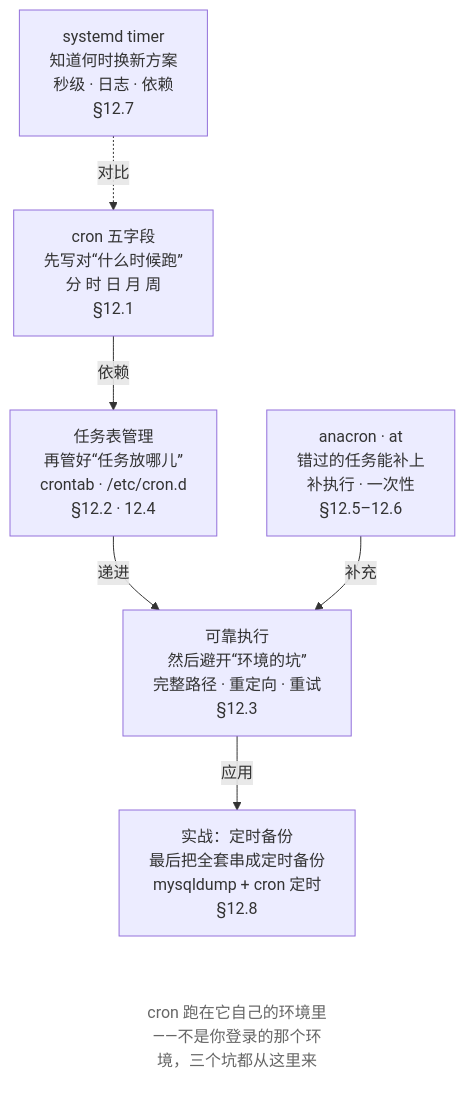
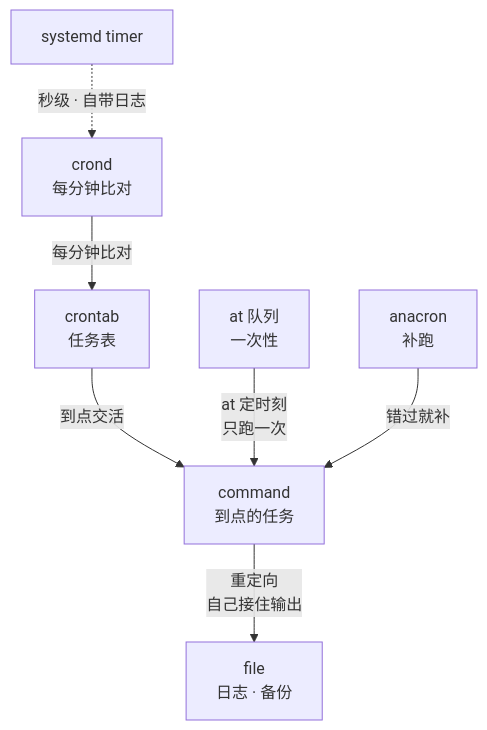
One commit to wangxiangnan/wangxiangnan.github.io changed the first of 2 diagrams in src/linux-command/ch12.md. Above: the diagram before and after it, drawn with Mermaid. The commit also changed other lines of this file and 15 other files, not shown here.

````diff
--- a/src/linux-command/ch12.md
+++ b/src/linux-command/ch12.md
@@ -14,20 +14,16 @@
 ```mermaid
 flowchart TB
-    A["cron 五字段<br>先写对“什么时候跑”<br>分 时 日 月 周<br>§12.1"]
-    B["systemd timer<br>知道何时换新方案<br>秒级 · 日志 · 依赖<br>§12.7"]
-    C["任务表管理<br>再管好“任务放哪儿”<br>crontab · /etc/cron.d<br>§12.2 · 12.4"]
-    D["anacron · at<br>错过的任务能补上<br>补执行 · 一次性<br>§12.5–12.6"]
-    E["可靠执行<br>然后避开“环境的坑”<br>完整路径 · 重定向 · 重试<br>§12.3"]
-    F["实战：定时备份<br>最后把全套串成定时备份<br>mysqldump + cron 定时<br>§12.8"]
-    NOTE["cron 跑在它自己的环境里——不是你登录的那个环境，三个坑都从这里来"]
-
-    A -->|依赖| C
-    C -->|递进| E
-    E -->|应用| F
-    B -.->|对比| A
-    D -->|补充| E
-    F ~~~ NOTE
-
-    classDef note fill:none,stroke:none,color:#666
-    class NOTE note
+    TBL["crontab<br>任务表"]
+    CROND["crond<br>每分钟比对"]
+    JOB["command<br>到点的任务"]
+    F["file<br>日志 · 备份"]
+    ATQ["at 队列<br>一次性"]
+    ANA["anacron<br>补跑"]
+    TMR["systemd timer"]
+    CROND -->|"每分钟比对"| TBL
+    TBL -->|"到点交活"| JOB
+    ATQ -->|"at 定时刻<br>只跑一次"| JOB
+    ANA -->|"错过就补"| JOB
+    JOB -->|"重定向<br>自己接住输出"| F
+    TMR -.->|"秒级 · 自带日志"| CROND
 ```
````
